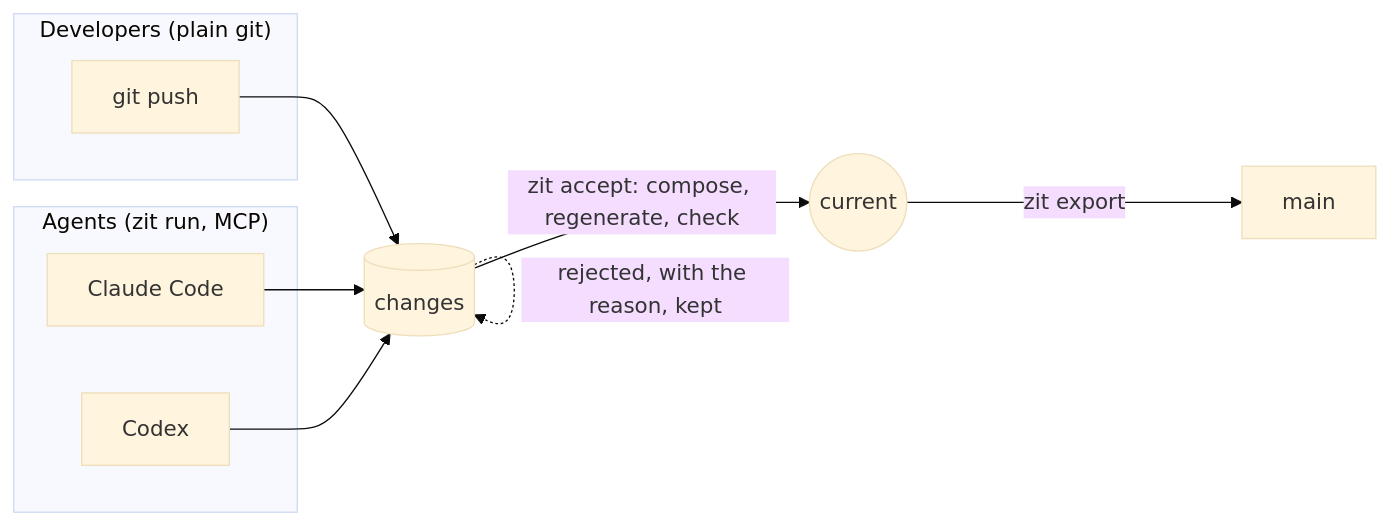
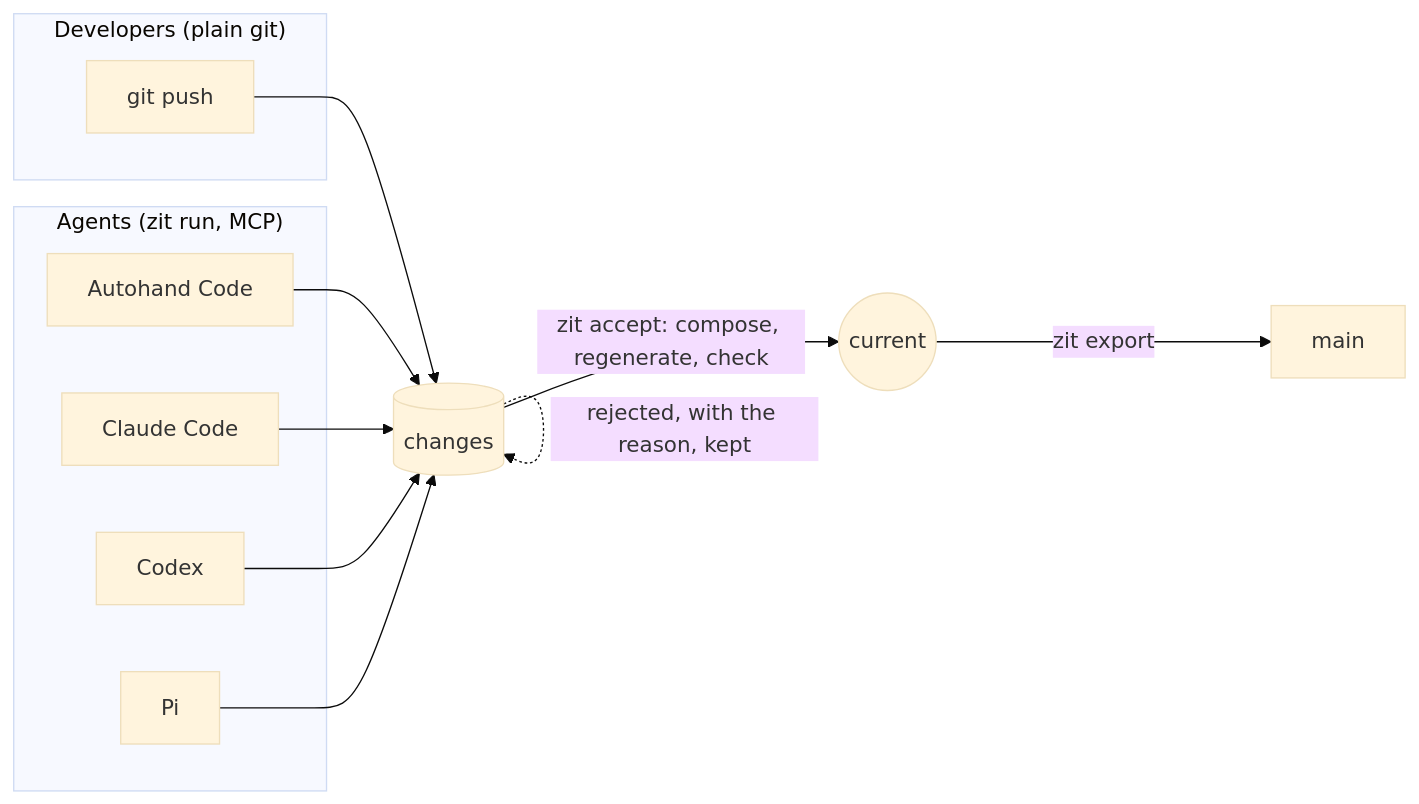
The diagram in docs/index.mdx (autohandai/getzit), drawn with Mermaid (base theme) before and after one commit. The commit also changed other lines of this file and 20 other files, not shown here.

````diff
--- a/docs/index.mdx
+++ b/docs/index.mdx
@@ -37,14 +85,16 @@
 ```mermaid
 flowchart LR
     subgraph people["Developers (plain git)"]
         D1[git push]
     end
     subgraph agents["Agents (zit run, MCP)"]
+        A0[Autohand Code]
         A1[Claude Code]
         A2[Codex]
+        A3[Pi]
     end
-    D1 & A1 & A2 --> S[(changes)]
+    D1 & A0 & A1 & A2 & A3 --> S[(changes)]
     S -- "zit accept: compose, regenerate, check" --> K((current))
     S -. "rejected, with the reason, kept" .-> S
     K -- "zit export" --> G[main]
 ```
````
